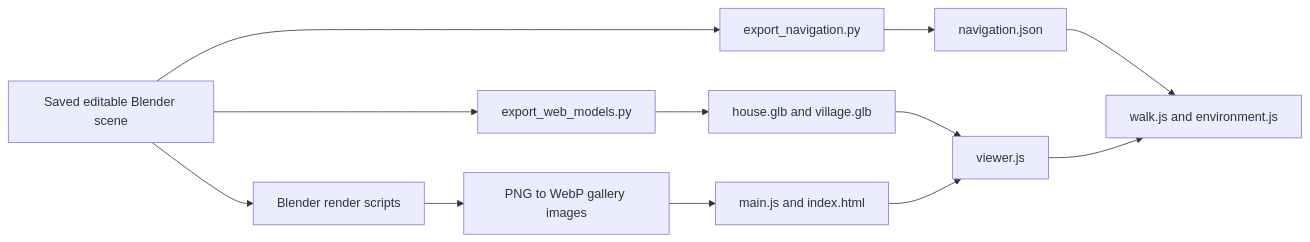
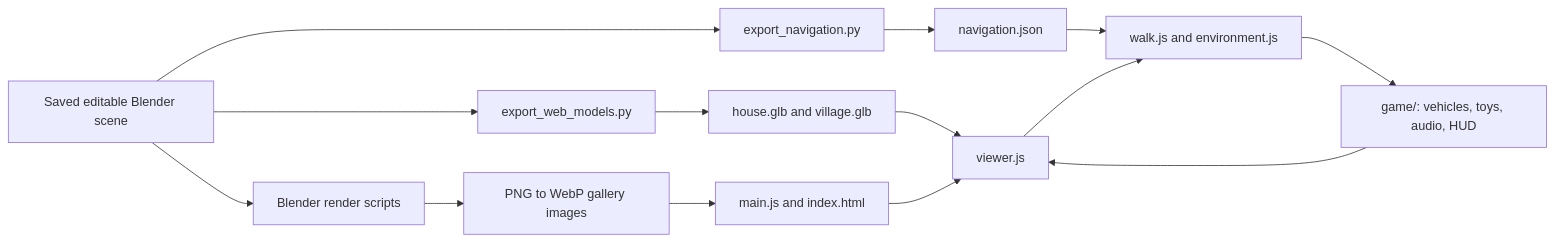
One commit to mendal2377-droid/SmallVillage changed the diagram in HANDOFF.md. Above: the diagram before and after it, drawn with Mermaid. The commit also changed other lines of this file, not shown here.

````diff
--- a/HANDOFF.md
+++ b/HANDOFF.md
@@ -64,14 +66,16 @@
 ```mermaid
 flowchart LR
   B[Saved editable Blender scene] --> E[export_web_models.py]
   B --> N[export_navigation.py]
   B --> R[Blender render scripts]
   E --> G[house.glb and village.glb]
   N --> J[navigation.json]
   R --> I[PNG to WebP gallery images]
   G --> V[viewer.js]
   J --> W[walk.js and environment.js]
   V --> W
+  W --> P[game/: vehicles, toys, audio, HUD]
+  P --> V
   I --> M[main.js and index.html]
   M --> V
 ```
````
